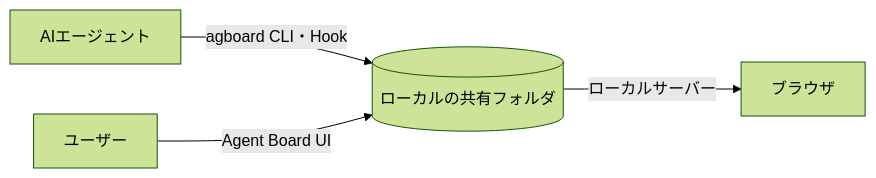
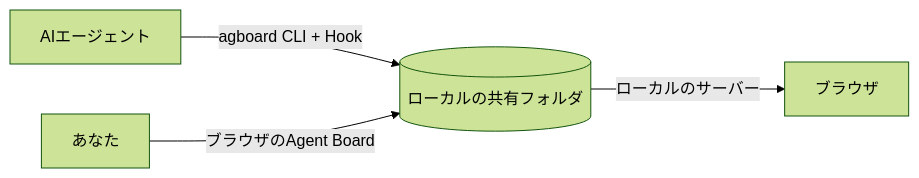
Before and after one commit to FooQoo/agent-board: the diagram in docs/ja/guide/index.md, drawn with Mermaid (forest theme). The commit also changed other lines of this file and 116 other files, not shown here.

````diff
--- a/docs/ja/guide/index.md
+++ b/docs/ja/guide/index.md
@@ -31,6 +29,6 @@
 ```mermaid
 flowchart LR
-    A["AIエージェント"] -- "agboard CLI・Hook" --> D[("ローカルの共有フォルダ")]
-    U["ユーザー"] -- "Agent Board UI" --> D
-    D -- "ローカルサーバー" --> B["ブラウザ"]
+    A["AIエージェント"] -- "agboard CLI + Hook" --> D[("ローカルの共有フォルダ")]
+    U["あなた"] -- "ブラウザのAgent Board" --> D
+    D -- "ローカルのサーバー" --> B["ブラウザ"]
 ```
````
